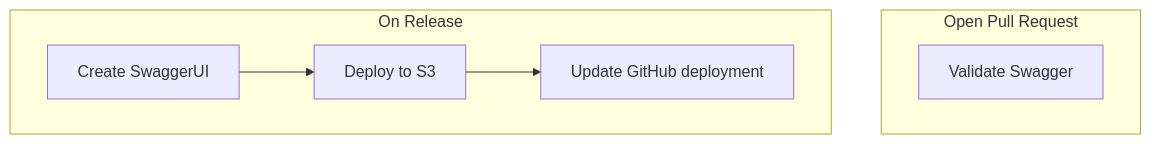
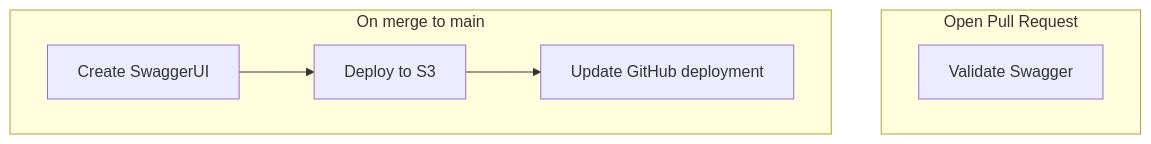
One commit to sudoblark/sudoblark.monsternames.open-api changed the diagram in README.md. Above: the diagram before and after it, drawn with Mermaid. The commit also changed 1 other file, not shown here.

Commit message:
#1 - Change workflow to be merge to main

````diff
--- a/README.md
+++ b/README.md
@@ -118,16 +118,16 @@
 ```mermaid
 flowchart TD
 
     subgraph open_pull_request[Open Pull Request]
         validator[Validate Swagger]
     end
 
-    subgraph on_release[On Release]
+    subgraph on_merge_to_main[On merge to main]
         create_artefact[Create SwaggerUI]
         github_deployment[Update GitHub deployment]
         deploy_artefact[Deploy to S3]
 
         create_artefact --> deploy_artefact
         deploy_artefact --> github_deployment
     end
 ```
````
